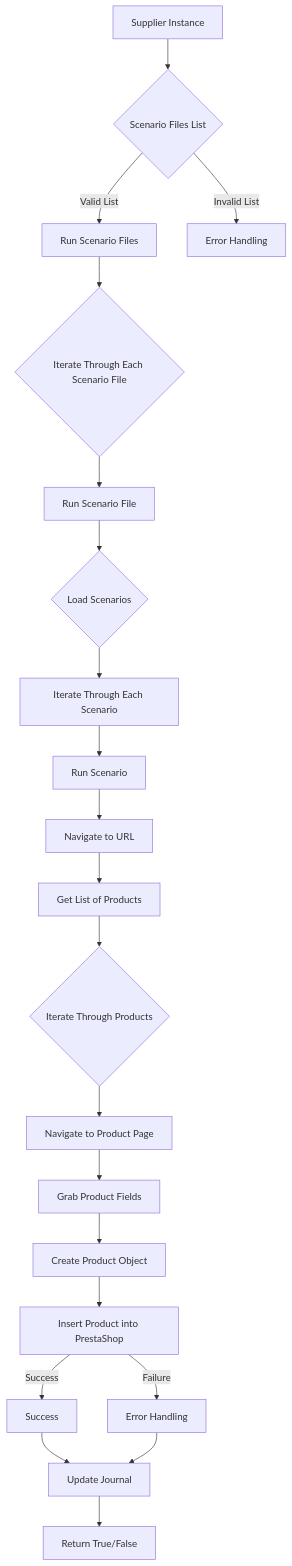
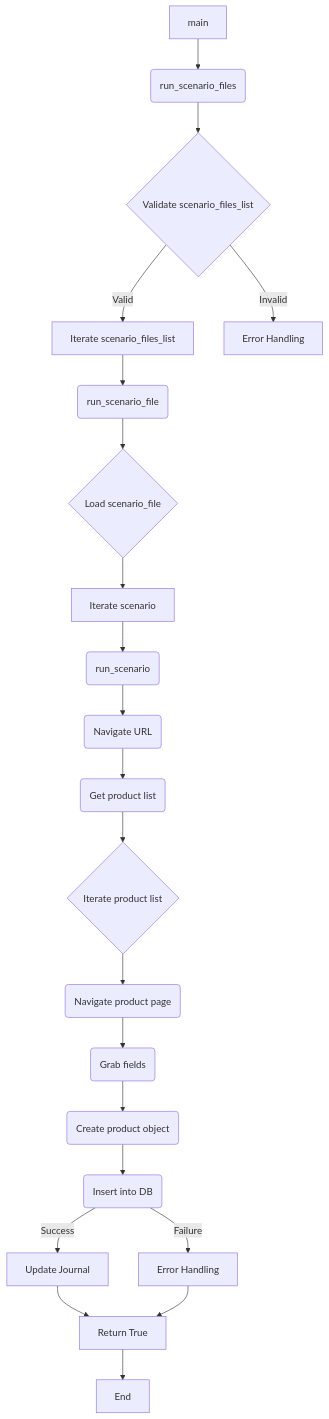
The diagram in docs/gemini/ru/explainer/src/scenario/README.md (hypo69/hypo), drawn with Mermaid before and after one commit. The commit also changed other lines of this file and 877 other files, not shown here.

````diff
--- a/docs/gemini/ru/explainer/src/scenario/README.md
+++ b/docs/gemini/ru/explainer/src/scenario/README.md
@@ -34,23 +66,23 @@
 ```mermaid
 graph TD
-    A[Supplier Instance] --> B{Scenario Files List}
-    B -- Valid List --> C[Run Scenario Files]
-    B -- Invalid List --> D[Error Handling]
-    C --> E{Iterate Through Each Scenario File}
-    E --> F[Run Scenario File]
-    F --> G{Load Scenarios}
-    G --> H[Iterate Through Each Scenario]
-    H --> I[Run Scenario]
-    I --> J[Navigate to URL]
-    J --> K[Get List of Products]
-    K --> L{Iterate Through Products}
-    L --> M[Navigate to Product Page]
-    M --> N[Grab Product Fields]
-    N --> O[Create Product Object]
-    O --> P[Insert Product into PrestaShop]
-    P -- Success --> Q[Success]
-    P -- Failure --> R[Error Handling]
-    Q --> S[Update Journal]
-    R --> S
-    S --> T[Return True/False]
+    A[main] --> B(run_scenario_files);
+    B --> C{Validate scenario_files_list};
+    C -- Valid --> D[Iterate scenario_files_list];
+    C -- Invalid --> E[Error Handling];
+    D --> F(run_scenario_file);
+    F --> G{Load scenario_file};
+    G --> H[Iterate scenario];
+    H --> I(run_scenario);
+    I --> J(Navigate URL);
+    J --> K(Get product list);
+    K --> L{Iterate product list};
+    L --> M(Navigate product page);
+    M --> N(Grab fields);
+    N --> O(Create product object);
+    O --> P(Insert into DB);
+    P -- Success --> Q[Update Journal];
+    P -- Failure --> R[Error Handling];
+    Q --> S[Return True];
+    R --> S;
+    S --> T[End];
 ```
````
